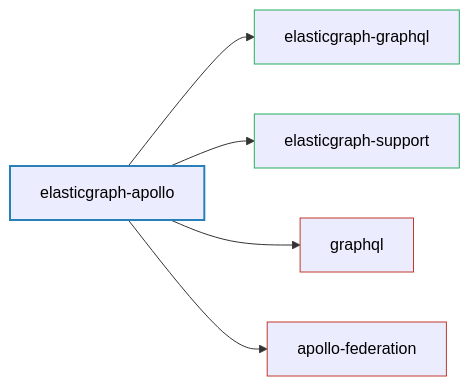
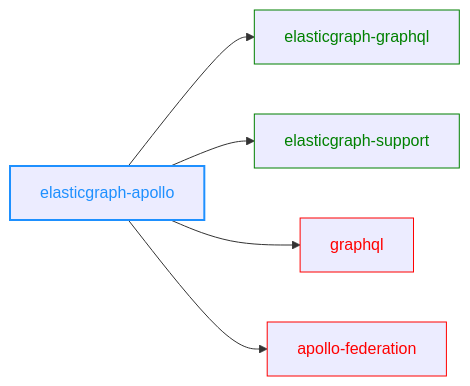
One commit to block/elasticgraph changed the diagram in elasticgraph-apollo/README.md. Above: the diagram before and after it, drawn with Mermaid. The commit also changed 23 other files, not shown here.

````diff
--- a/elasticgraph-apollo/README.md
+++ b/elasticgraph-apollo/README.md
@@ -10,17 +10,19 @@
 ```mermaid
 graph LR;
     elasticgraph-apollo["elasticgraph-apollo"];
     elasticgraph-graphql["elasticgraph-graphql"];
     elasticgraph-apollo --> elasticgraph-graphql;
     elasticgraph-support["elasticgraph-support"];
     elasticgraph-apollo --> elasticgraph-support;
     graphql["graphql"];
     elasticgraph-apollo --> graphql;
     apollo-federation["apollo-federation"];
     elasticgraph-apollo --> apollo-federation;
-    style elasticgraph-apollo fill:#lightblue,stroke:#2980b9,stroke-width:2px,color:#000;
-    style elasticgraph-graphql fill:#lightgreen,stroke:#27ae60,stroke-width:1px,color:#000;
-    style elasticgraph-support fill:#lightgreen,stroke:#27ae60,stroke-width:1px,color:#000;
-    style graphql fill:#lightcoral,stroke:#c0392b,stroke-width:1px,color:#000;
-    style apollo-federation fill:#lightcoral,stroke:#c0392b,stroke-width:1px,color:#000;
+    style elasticgraph-apollo color:DodgerBlue,stroke-width:2px,stroke:DodgerBlue;
+    style elasticgraph-graphql color:Green,stroke:Green;
+    style elasticgraph-support color:Green,stroke:Green;
+    style graphql color:Red,stroke:Red;
+    style apollo-federation color:Red,stroke:Red;
+    click graphql href "https://rubygems.org/gems/graphql" "Open on RubyGems.org" _blank;
+    click apollo-federation href "https://rubygems.org/gems/apollo-federation" "Open on RubyGems.org" _blank;
 ```
````
